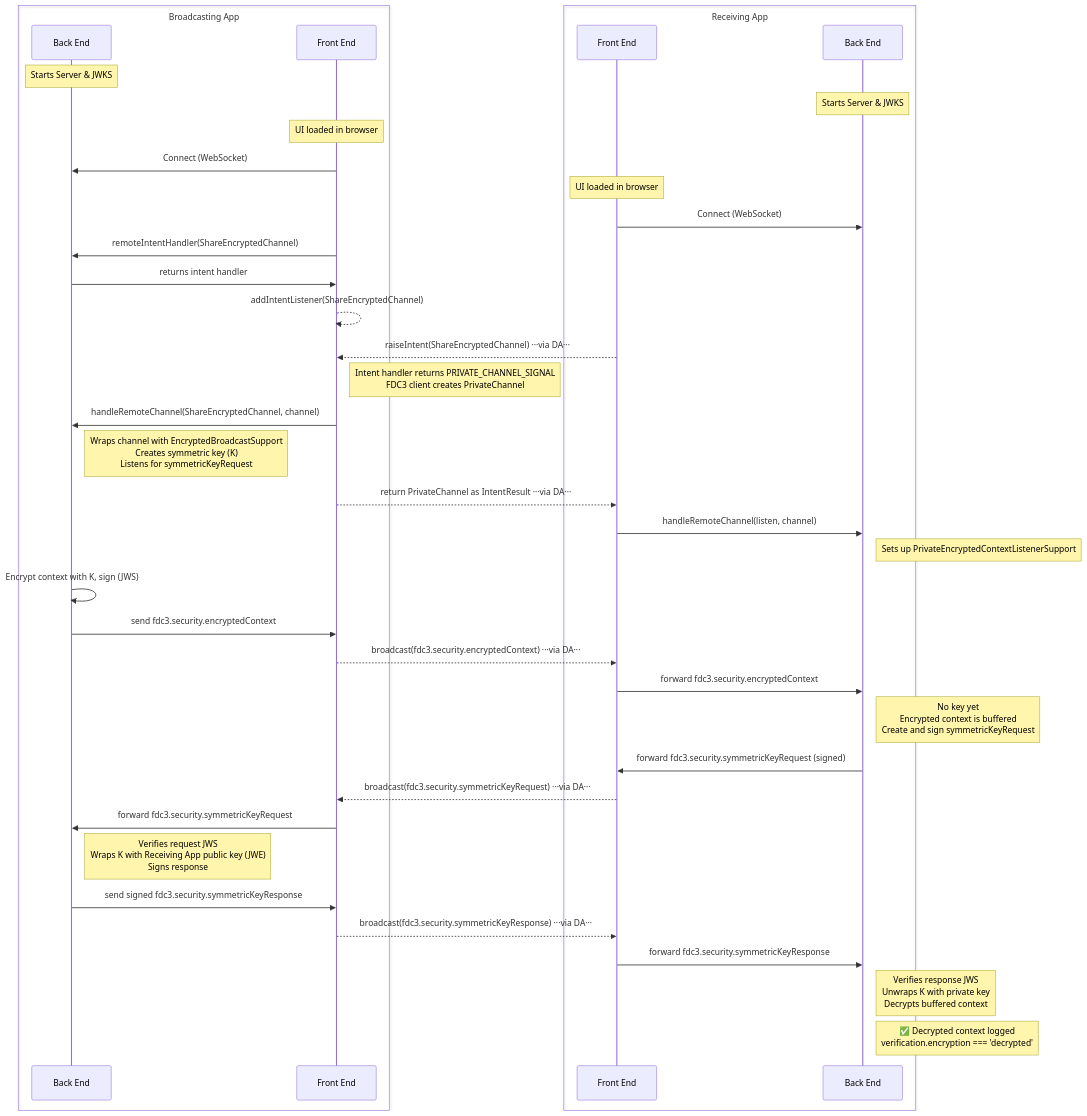
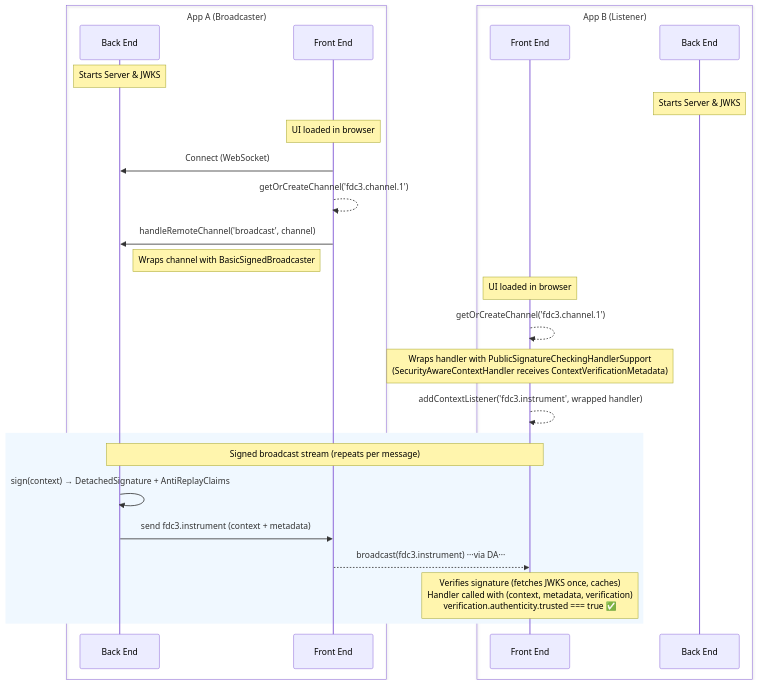
The first of 5 diagrams in packages/fdc3-security/samples/README.md (finos/FDC3), drawn with Mermaid before and after one commit.

Commit message:
Improving fdc3-security samples diagrams bassed on feedback

````diff
--- a/packages/fdc3-security/samples/README.md
+++ b/packages/fdc3-security/samples/README.md
@@ -34,50 +36,33 @@
 ```mermaid
 sequenceDiagram
-    box Broadcasting App
+    box App A (Broadcaster)
+        participant ABE as Back End
+        participant AFE as Front End
+    end
+    box App B (Listener)
+        participant BFE as Front End
         participant BBE as Back End
-        participant BFE as Front End
-    end
-    box Receiving App
-        participant RFE as Front End
-        participant RBE as Back End
     end
 
+    Note over ABE: Starts Server & JWKS
     Note over BBE: Starts Server & JWKS
-    Note over RBE: Starts Server & JWKS
+
+    Note over AFE: UI loaded in browser
+    AFE->>ABE: Connect (WebSocket)
+    AFE-->>AFE: getOrCreateChannel('fdc3.channel.1')
+    AFE->>ABE: handleRemoteChannel('broadcast', channel)
+    Note right of ABE: Wraps channel with BasicSignedBroadcaster
 
     Note over BFE: UI loaded in browser
-    BFE->>BBE: Connect (WebSocket)
-    
-    Note over RFE: UI loaded in browser
-    RFE->>RBE: Connect (WebSocket)
-    
-    BFE->>BBE: remoteIntentHandler(ShareEncryptedChannel)
-    BBE->>BFE: returns intent handler
-    BFE-->>BFE: addIntentListener(ShareEncryptedChannel)
+    BFE-->>BFE: getOrCreateChannel('fdc3.channel.1')
+    Note over BFE: Wraps handler with PublicSignatureCheckingHandlerSupport<br/>(SecurityAwareContextHandler receives ContextVerificationMetadata)
+    BFE-->>BFE: addContextListener('fdc3.instrument', wrapped handler)
 
-    RFE-->>BFE: raiseIntent(ShareEncryptedChannel) ···via DA···
-    Note right of BFE: Intent handler returns PRIVATE_CHANNEL_SIGNAL<br/>FDC3 client creates PrivateChannel
-    BFE->>BBE: handleRemoteChannel(ShareEncryptedChannel, channel)
-    Note right of BBE: Wraps channel with EncryptedBroadcastSupport<br/>Creates symmetric key (K)<br/>Listens for symmetricKeyRequest
-    BFE-->>RFE: return PrivateChannel as IntentResult ···via DA···
-
-    RFE->>RBE: handleRemoteChannel(listen, channel)
-    Note right of RBE: Sets up PrivateEncryptedContextListenerSupport
-
-    BBE->>BBE: Encrypt context with K, sign (JWS)
-    BBE->>BFE: send fdc3.security.encryptedContext
-    BFE-->>RFE: broadcast(fdc3.security.encryptedContext) ···via DA···
-    RFE->>RBE: forward fdc3.security.encryptedContext
-    Note right of RBE: No key yet<br/>Encrypted context is buffered<br/>Create and sign symmetricKeyRequest
-
-    RBE->>RFE: forward fdc3.security.symmetricKeyRequest (signed)
-    RFE-->>BFE: broadcast(fdc3.security.symmetricKeyRequest) ···via DA···
-    BFE->>BBE: forward fdc3.security.symmetricKeyRequest
-    Note right of BBE: Verifies request JWS<br/>Wraps K with Receiving App public key (JWE)<br/>Signs response
-    BBE->>BFE: send signed fdc3.security.symmetricKeyResponse
-    BFE-->>RFE: broadcast(fdc3.security.symmetricKeyResponse) ···via DA···
-    RFE->>RBE: forward fdc3.security.symmetricKeyResponse
-    Note right of RBE: Verifies response JWS<br/>Unwraps K with private key<br/>Decrypts buffered context
-
-    Note right of RBE: ✅ Decrypted context logged<br/>verification.encryption === 'decrypted'
+    rect rgb(240, 248, 255)
+    Note over ABE,BFE: Signed broadcast stream (repeats per message)
+    ABE->>ABE: sign(context) → DetachedSignature + AntiReplayClaims
+    ABE->>AFE: send fdc3.instrument (context + metadata)
+    AFE-->>BFE: broadcast(fdc3.instrument) ···via DA···
+    Note over BFE: Verifies signature (fetches JWKS once, caches)<br/>Handler called with (context, metadata, verification)<br/>verification.authenticity.trusted === true ✅
+    end
 ```
````
